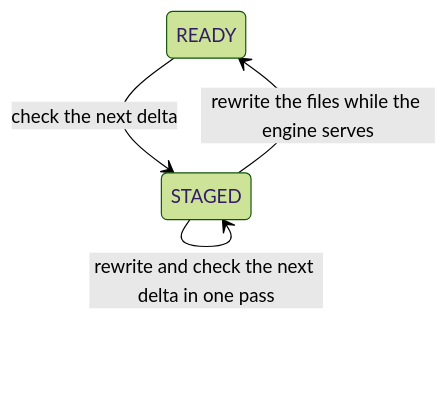
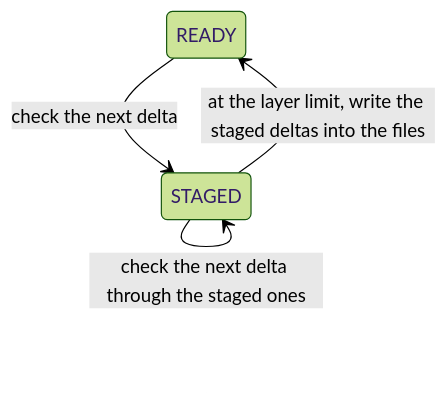
Before and after one commit to anson627/modelexpress: the third of 3 diagrams in docs/S3_DELTA_WEIGHT_REFIT.md, drawn with Mermaid (forest theme). The commit also changed other lines of this file and 9 other files, not shown here.

````diff
--- a/docs/S3_DELTA_WEIGHT_REFIT.md
+++ b/docs/S3_DELTA_WEIGHT_REFIT.md
@@ -763,6 +766,6 @@
 ```mermaid
 stateDiagram-v2
     READY --> STAGED: check the next delta
-    STAGED --> READY: rewrite the files while the engine serves
-    STAGED --> STAGED: rewrite and check the next delta in one pass
+    STAGED --> STAGED: check the next delta through the staged ones
+    STAGED --> READY: at the layer limit, write the staged deltas into the files
 ```
````
